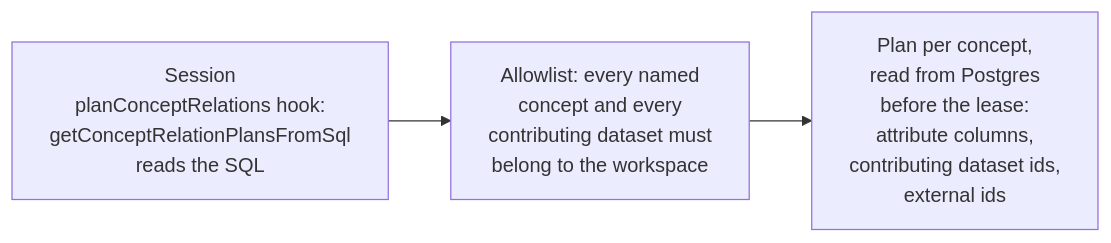
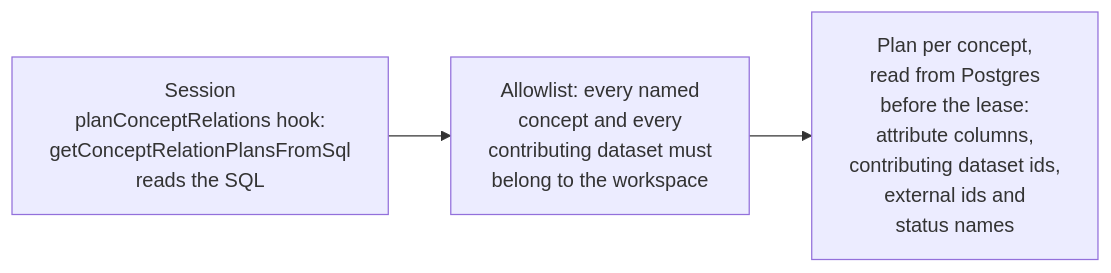
Before and after one commit to AvandarLabs/avandar: the seventh of 10 diagrams in docs/ontology-architecture.md, drawn with Mermaid. The commit also changed other lines of this file and 5031 other files, not shown here.

````diff
--- a/docs/ontology-architecture.md
+++ b/docs/ontology-architecture.md
@@ -475,7 +746,7 @@
 ```mermaid
 flowchart LR
   A["Session<br/>planConceptRelations hook:<br/>getConceptRelationPlansFromSql<br/>reads the SQL"]
   B["Allowlist: every named<br/>concept and every<br/>contributing dataset must<br/>belong to the workspace"]
-  C["Plan per concept,<br/>read from Postgres<br/>before the lease:<br/>attribute columns,<br/>contributing dataset ids,<br/>external ids"]
+  C["Plan per concept,<br/>read from Postgres<br/>before the lease:<br/>attribute columns,<br/>contributing dataset ids,<br/>external ids and<br/>status names"]
   A --> B --> C
 ```
````
